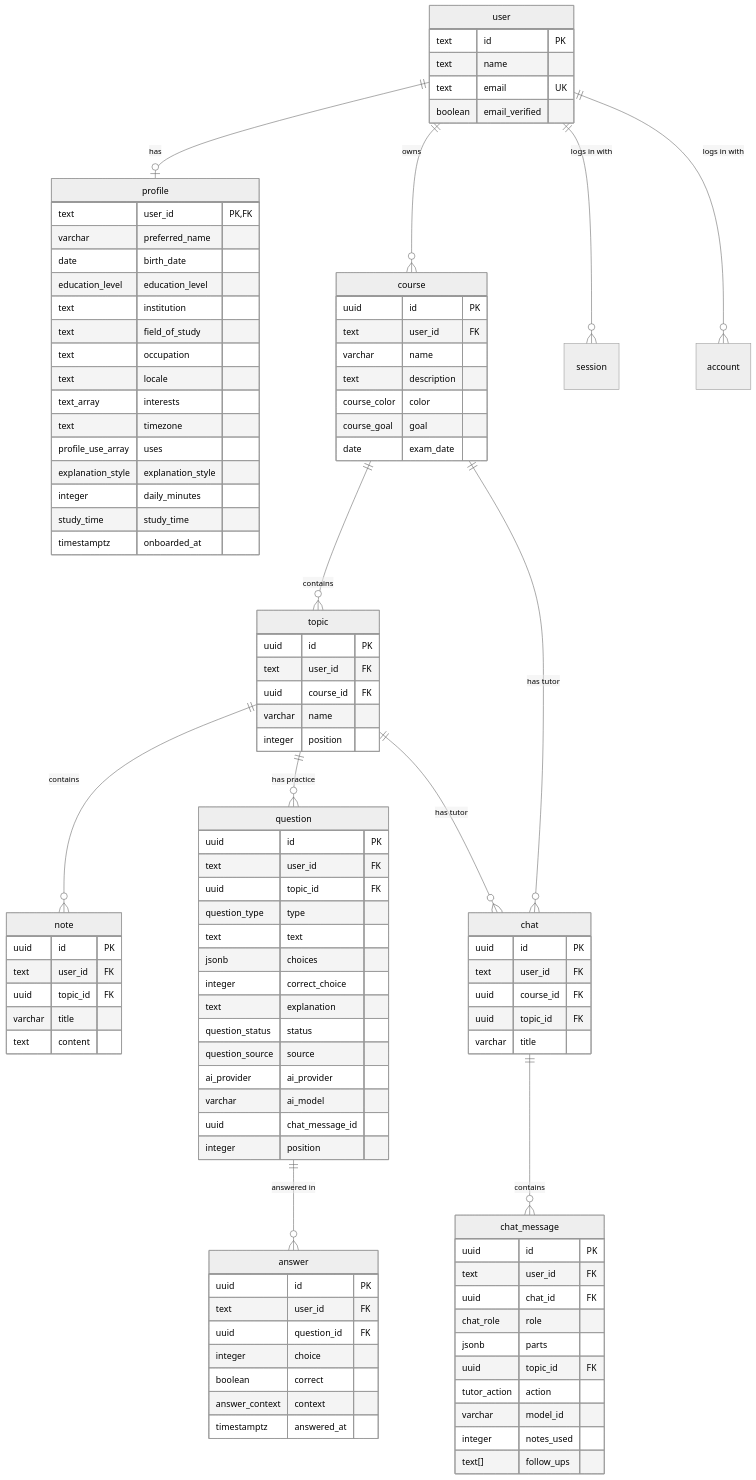
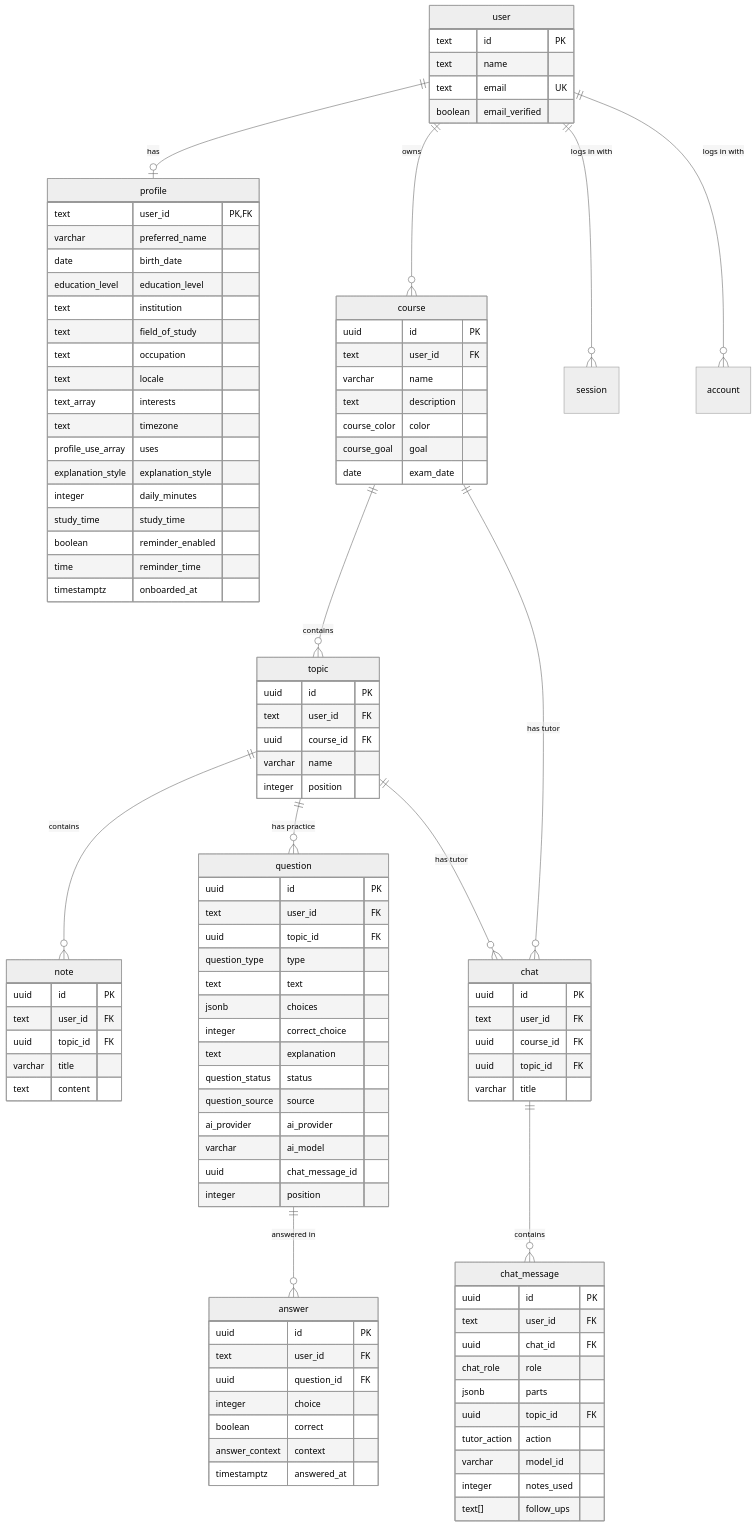
Before and after one commit to fyernald/orbi: the diagram in docs/database.md, drawn with Mermaid (neutral theme). The commit also changed other lines of this file and 17 other files, not shown here.

```diff
--- a/docs/database.md
+++ b/docs/database.md
@@ -39,6 +39,8 @@
         explanation_style explanation_style
         integer daily_minutes
         study_time study_time
+        boolean reminder_enabled
+        time reminder_time
         timestamptz onboarded_at
     }
     course {
```
